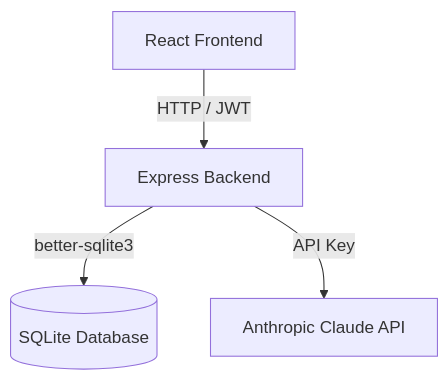
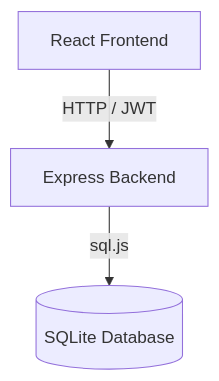
One commit to soo-sapkal/SparkClubSystem changed the diagram in docs/architecture/system-overview.md. Above: the diagram before and after it, drawn with Mermaid. The commit also changed other lines of this file and 24 other files, not shown here.

````diff
--- a/docs/architecture/system-overview.md
+++ b/docs/architecture/system-overview.md
@@ -10,6 +10,5 @@
 ```mermaid
 graph TD
     Client[React Frontend] -->|HTTP / JWT| Backend[Express Backend]
-    Backend -->|better-sqlite3| DB[(SQLite Database)]
-    Backend -->|API Key| Claude[Anthropic Claude API]
+    Backend -->|sql.js| DB[(SQLite Database)]
 ```
````
